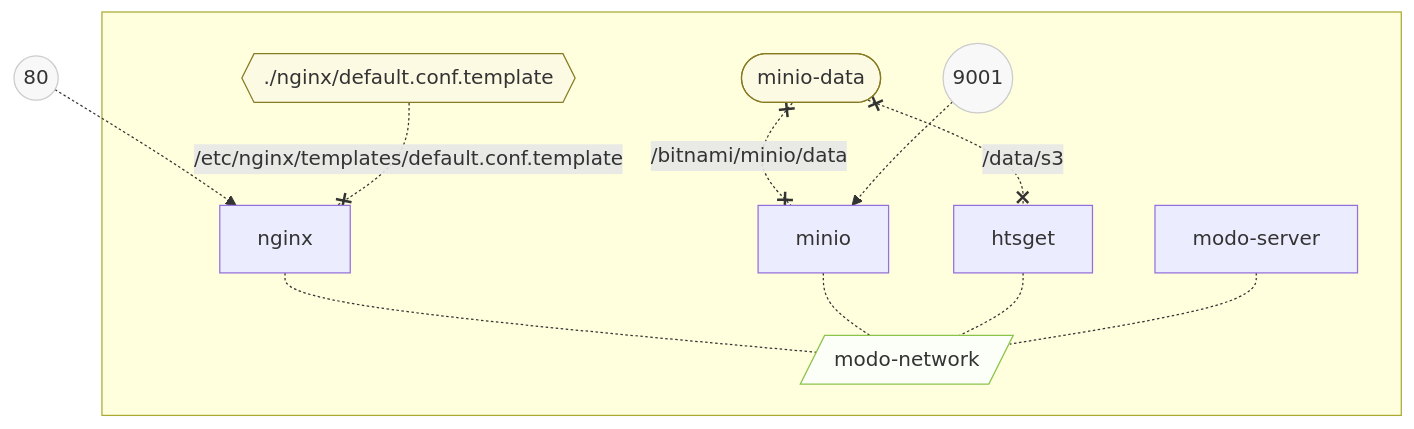
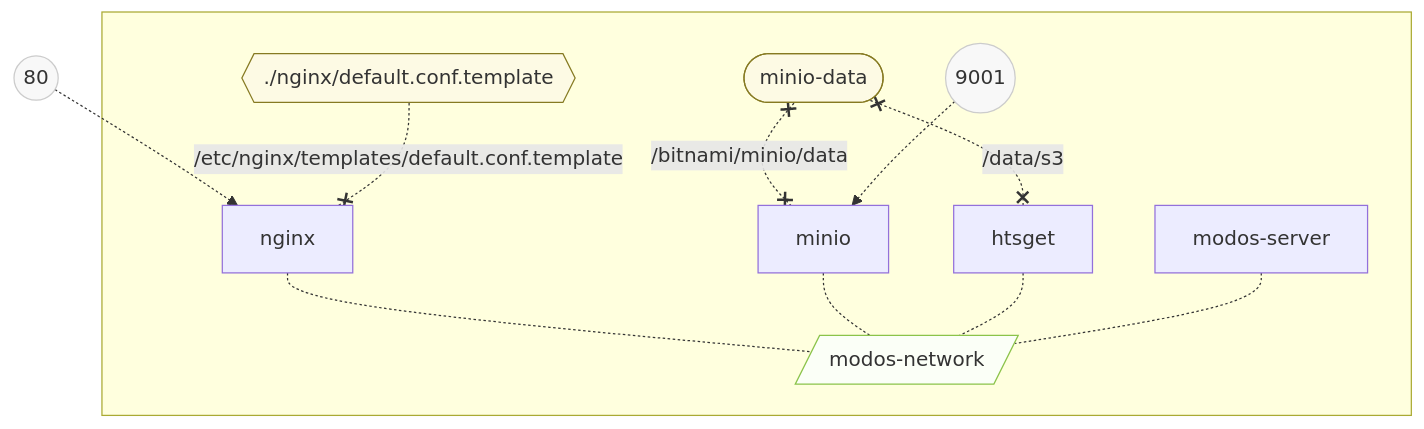
Before and after one commit to sdsc-ordes/smoc-api: the diagram in deploy/README.md, drawn with Mermaid. The commit also changed other lines of this file and 41 other files, not shown here.

First line of the commit message:
refactor: modo->modos [BREAKING] (#53)

````diff
--- a/deploy/README.md
+++ b/deploy/README.md
@@ -23,22 +23,22 @@
 ```mermaid
 flowchart TB
 P0((80)) -.-> nginx
 subgraph " "
   Vnginxdefaultconftemplate{{./nginx/default.conf.template}} -. "/etc/nginx/templates/default.conf.template" .-x nginx
   Vminiodata([minio-data]) x-. /bitnami/minio/data .-x minio
   Vminiodata x-. /data/s3 .-x htsget
   P1((9001)) -.-> minio
-  nginx -.- modonetwork[/modo-network/]
+  nginx -.- modonetwork[/modos-network/]
   minio -.- modonetwork
   htsget -.- modonetwork
-  modoserver[modo-server] -.- modonetwork
+  modoserver[modos-server] -.- modonetwork
 
   classDef volumes fill:#fdfae4,stroke:#867a22
   class Vnginxdefaultconftemplate,Vminiodata,Vminiodata volumes
   classDef ports fill:#f8f8f8,stroke:#ccc
   class P0,P1 ports
   classDef nets fill:#fbfff7,stroke:#8bc34a
   class modonetwork nets
 end
 
 ```
````
